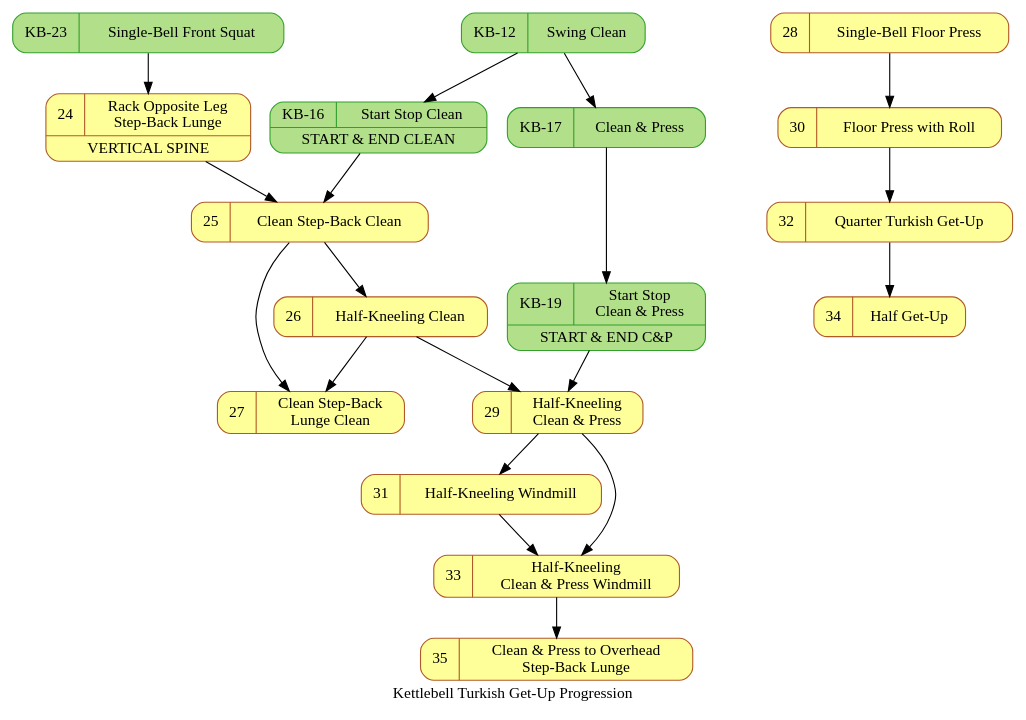
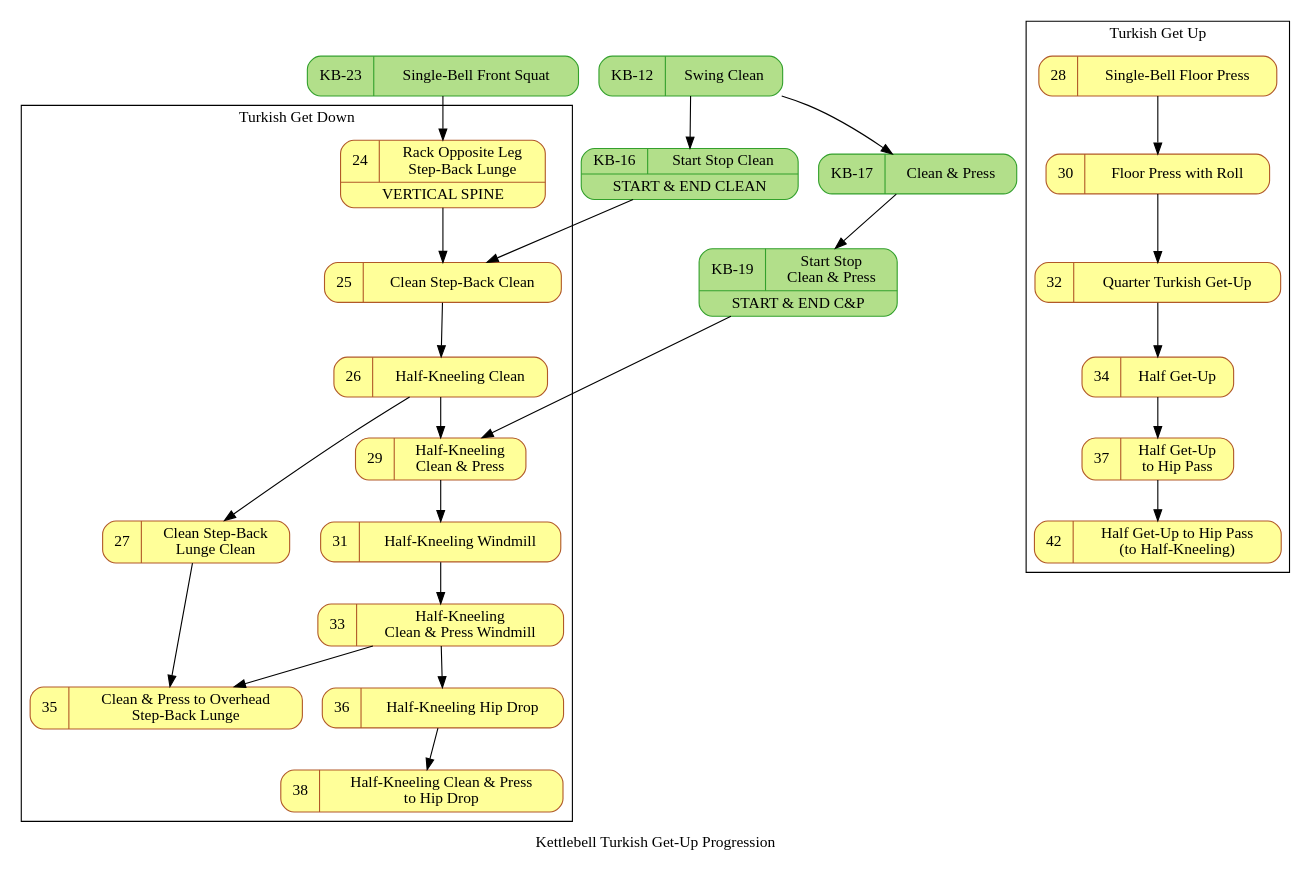
One commit to dznz/wildman-skill-trees changed the diagram in kb_tgu_progression.gv. Above: the diagram before and after it, drawn with Graphviz. The commit also changed 1 other file, not shown here.

Commit message:
feat(kb_tgu_progression): complete
Include the rest of the KB TGU-related drills, and arrange them into
tidy clusters. Sequence now covers 24-38,42 - the last just fits better
here.

```diff
--- a/kb_tgu_progression.gv
+++ b/kb_tgu_progression.gv
@@ -1,59 +1,76 @@
 digraph kb_progression {
   // Kettlebell Turkish Get-Up Progression Diagram © 2023
   // by dznz using knowledge from Mark Wildman is licensed
   // under CC BY-NC-SA 4.0 
   // http://creativecommons.org/licenses/by-nc-sa/4.0/
   label="Kettlebell Turkish Get-Up Progression"
   node [colorscheme="paired12"]
   node [shape=record]
   node [style="rounded,filled"]
   node [color=12, fillcolor=11]
 
   subgraph pre {
     node [color=4, fillcolor=3]
     mov_racksquat
     mov_cap, mov_startstopcap
     mov_clean, mov_startstopclean
   }
   
   // Precursor drills 
   mov_clean [label="KB-12|Swing Clean" URL="https://www.youtube.com/watch?v=_nIsSXWs5iU&list=PLk4oYPJ7TXKhX8YqA2AVrfgs_pEF6p7KA&index=12"]
   mov_startstopclean [label="{{KB-16|Start Stop Clean}|START & END CLEAN}" URL="https://www.youtube.com/watch?v=XbK3jxI0WNQ&list=PLk4oYPJ7TXKhX8YqA2AVrfgs_pEF6p7KA&index=16"]
   mov_cap [label="KB-17|Clean & Press" URL="https://www.youtube.com/watch?v=SSxB3m5qRas&list=PLk4oYPJ7TXKhX8YqA2AVrfgs_pEF6p7KA&index=17"]
   mov_startstopcap [label="{{KB-19|Start Stop\nClean & Press}|START & END C&P}" URL="https://www.youtube.com/watch?v=dSj3kqbuois&list=PLk4oYPJ7TXKhX8YqA2AVrfgs_pEF6p7KA&index=19"]
+
   mov_racksquat [label="{{KB-23|Single-Bell Front Squat}}" URL="https://www.youtube.com/watch?v=KTDVl0Lkdc4&list=PLk4oYPJ7TXKhX8YqA2AVrfgs_pEF6p7KA&index=23"]
 
   mov_racklunge [label="{{24|Rack Opposite Leg\nStep-Back Lunge}|VERTICAL SPINE}" URL="https://www.youtube.com/watch?v=KTDVl0Lkdc4&list=PLk4oYPJ7TXKhX8YqA2AVrfgs_pEF6p7KA&index=24"]
   mov_clean2sblunge [label="{{25|Clean Step-Back Clean}}" URL="https://www.youtube.com/watch?v=KTDVl0Lkdc4&list=PLk4oYPJ7TXKhX8YqA2AVrfgs_pEF6p7KA&index=25"]
   mov_halfkneelclean [label="{{26|Half-Kneeling Clean}}" URL="https://www.youtube.com/watch?v=KTDVl0Lkdc4&list=PLk4oYPJ7TXKhX8YqA2AVrfgs_pEF6p7KA&index=26"]
   mov_cleansblungeclean [label="{{27|Clean Step-Back\nLunge Clean}}" URL="https://www.youtube.com/watch?v=KTDVl0Lkdc4&list=PLk4oYPJ7TXKhX8YqA2AVrfgs_pEF6p7KA&index=27"]
   mov_floorpress [label="{{28|Single-Bell Floor Press}}" URL="https://www.youtube.com/watch?v=KTDVl0Lkdc4&list=PLk4oYPJ7TXKhX8YqA2AVrfgs_pEF6p7KA&index=28"]
   mov_halfkneelcap [label="{{29|Half-Kneeling\nClean & Press}}" URL="https://www.youtube.com/watch?v=KTDVl0Lkdc4&list=PLk4oYPJ7TXKhX8YqA2AVrfgs_pEF6p7KA&index=29"]
   mov_floorpressroll [label="{{30|Floor Press with Roll}}" URL="https://www.youtube.com/watch?v=KTDVl0Lkdc4&list=PLk4oYPJ7TXKhX8YqA2AVrfgs_pEF6p7KA&index=30"]
   mov_kneelwindmill [label="{{31|Half-Kneeling Windmill}}" URL="https://www.youtube.com/watch?v=KTDVl0Lkdc4&list=PLk4oYPJ7TXKhX8YqA2AVrfgs_pEF6p7KA&index=31"]
   mov_quartgu [label="{{32|Quarter Turkish Get-Up}}" URL="https://www.youtube.com/watch?v=KTDVl0Lkdc4&list=PLk4oYPJ7TXKhX8YqA2AVrfgs_pEF6p7KA&index=32"]
   mov_kneelcapwindmill [label="{{33|Half-Kneeling\nClean & Press Windmill}}" URL="https://www.youtube.com/watch?v=KTDVl0Lkdc4&list=PLk4oYPJ7TXKhX8YqA2AVrfgs_pEF6p7KA&index=34"]
   mov_halfgu [label="{{34|Half Get-Up}}" URL="https://www.youtube.com/watch?v=KTDVl0Lkdc4&list=PLk4oYPJ7TXKhX8YqA2AVrfgs_pEF6p7KA&index=35"]
-  // 35 C&P to overhead step-back lunge
   mov_cap2ohsblunge [label="{{35|Clean & Press to Overhead\nStep-Back Lunge}}" URL="https://www.youtube.com/watch?v=KTDVl0Lkdc4&list=PLk4oYPJ7TXKhX8YqA2AVrfgs_pEF6p7KA&index=37"]
-  // 36 half-kneeling overhead hip drop
+  mov_kneelhipdrop [label="{{36|Half-Kneeling Hip Drop}}" URL="https://www.youtube.com/watch?v=KTDVl0Lkdc4&list=PLk4oYPJ7TXKhX8YqA2AVrfgs_pEF6p7KA&index=38"]
+  mov_halfgu2hip [label="{{37|Half Get-Up\nto Hip Pass}}" URL="https://www.youtube.com/watch?v=KTDVl0Lkdc4&list=PLk4oYPJ7TXKhX8YqA2AVrfgs_pEF6p7KA&index=39"]
+  mov_kneelcap2hip [label="{{38|Half-Kneeling Clean & Press\nto Hip Drop}}" URL="https://www.youtube.com/watch?v=KTDVl0Lkdc4&list=PLk4oYPJ7TXKhX8YqA2AVrfgs_pEF6p7KA&index=40"]
+  // 42 fits better with this diagram
+  mov_halfgu2kneel [label="{{42|Half Get-Up to Hip Pass\n(to Half-Kneeling)}}" URL="https://www.youtube.com/watch?v=KTDVl0Lkdc4&list=PLk4oYPJ7TXKhX8YqA2AVrfgs_pEF6p7KA&index=45"]
 
+
+  // Precursor dependencies
   mov_clean -> mov_startstopclean;
   mov_clean -> mov_cap;
   mov_cap -> mov_startstopcap;
   mov_racksquat -> mov_racklunge;
-  mov_racklunge -> mov_clean2sblunge;
+  mov_startstopcap -> mov_halfkneelcap;
   mov_startstopclean -> mov_clean2sblunge;
-  mov_clean2sblunge -> mov_halfkneelclean;
-  mov_clean2sblunge -> mov_cleansblungeclean;
-  mov_halfkneelclean -> mov_cleansblungeclean;
-  mov_startstopcap -> mov_halfkneelcap;
-  mov_halfkneelclean -> mov_halfkneelcap;
-  mov_floorpress -> mov_floorpressroll;
-  mov_halfkneelcap -> mov_kneelwindmill;
-  mov_floorpressroll -> mov_quartgu;
-  mov_halfkneelcap -> mov_kneelcapwindmill;
-  mov_kneelwindmill -> mov_kneelcapwindmill;
-  mov_quartgu -> mov_halfgu;
-  mov_kneelcapwindmill -> mov_cap2ohsblunge;
+
+  subgraph cluster_tgd {
+    label="Turkish Get Down"
+    mov_racklunge -> mov_clean2sblunge;
+    mov_clean2sblunge -> mov_halfkneelclean;
+    mov_halfkneelclean -> mov_cleansblungeclean;
+    mov_halfkneelclean -> mov_halfkneelcap;
+    mov_halfkneelcap -> mov_kneelwindmill;
+    mov_kneelwindmill -> mov_kneelcapwindmill;
+    mov_kneelcapwindmill -> mov_cap2ohsblunge;
+    mov_cleansblungeclean -> mov_cap2ohsblunge;
+    mov_kneelcapwindmill -> mov_kneelhipdrop;
+    mov_kneelhipdrop -> mov_kneelcap2hip;
+  }
+
+  subgraph cluster_tgu {
+    label="Turkish Get Up"
+    mov_floorpress -> mov_floorpressroll;
+    mov_floorpressroll -> mov_quartgu;
+    mov_quartgu -> mov_halfgu;
+    mov_halfgu -> mov_halfgu2hip;
+    mov_halfgu2hip -> mov_halfgu2kneel;
+  }
 }
```
